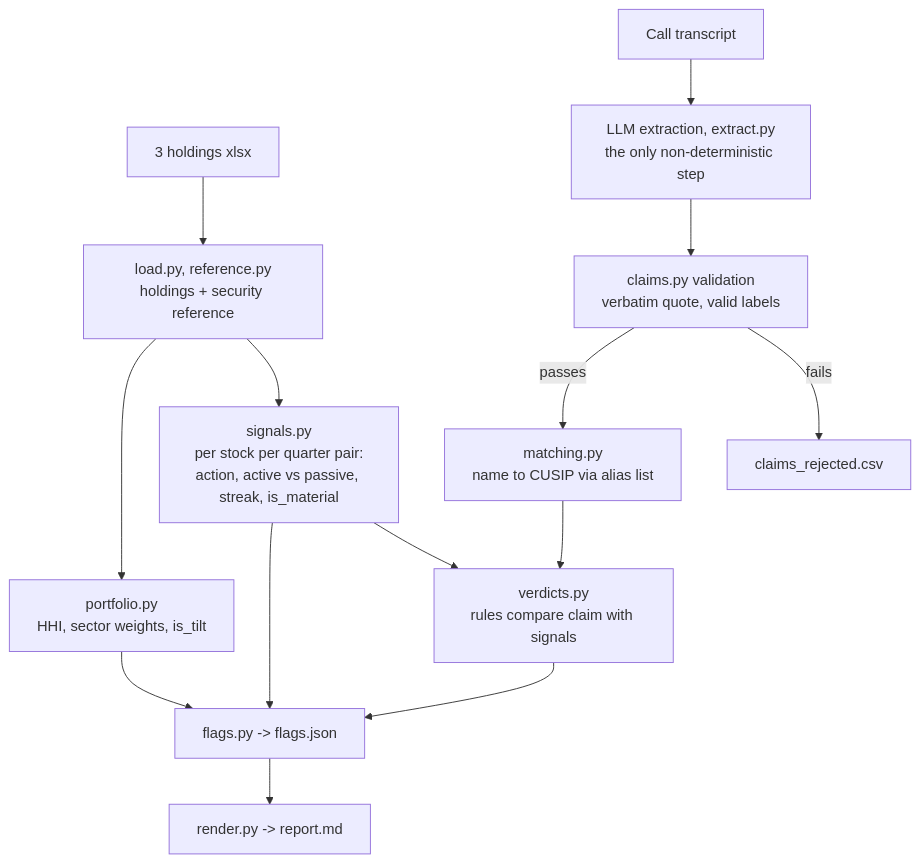
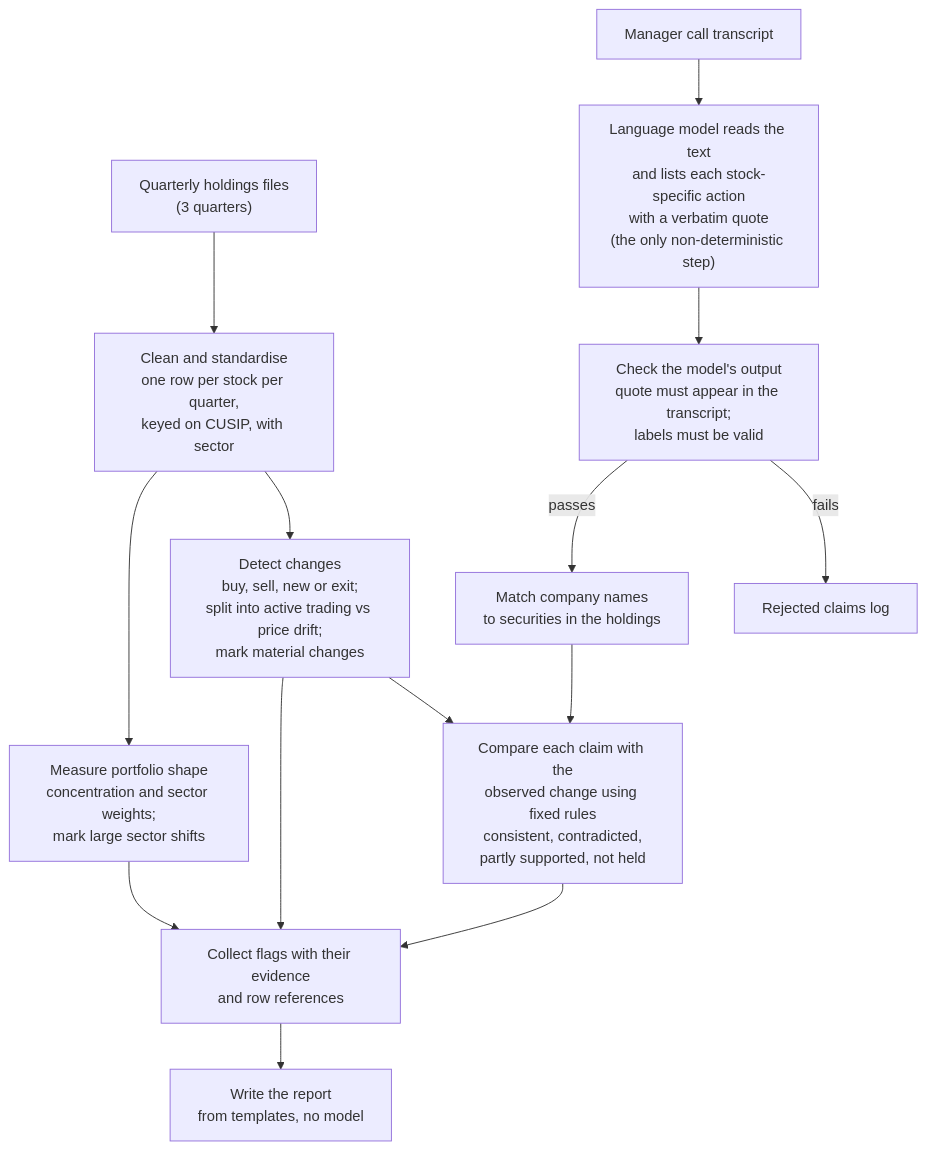
One commit to adamdu001/portfolio-agent changed the diagram in BRIEF.md. Above: the diagram before and after it, drawn with Mermaid. The commit also changed other lines of this file, not shown here.

Commit message:
Plain-language flowchart

````diff
--- a/BRIEF.md
+++ b/BRIEF.md
@@ -5,16 +9,16 @@
 ```mermaid
 flowchart TD
-    H[3 holdings xlsx] --> L[load.py, reference.py<br/>holdings + security reference]
-    L --> S[signals.py<br/>per stock per quarter pair:<br/>action, active vs passive, streak, is_material]
-    L --> P[portfolio.py<br/>HHI, sector weights, is_tilt]
-    T[Call transcript] --> X[LLM extraction, extract.py<br/>the only non-deterministic step]
-    X --> V[claims.py validation<br/>verbatim quote, valid labels]
-    V -->|fails| R[claims_rejected.csv]
-    V -->|passes| M[matching.py<br/>name to CUSIP via alias list]
-    M --> D[verdicts.py<br/>rules compare claim with signals]
-    S --> D
-    S --> F[flags.py -> flags.json]
-    P --> F
+    H["Quarterly holdings files<br/>(3 quarters)"] --> A["Clean and standardise<br/>one row per stock per quarter,<br/>keyed on CUSIP, with sector"]
+    A --> B["Detect changes<br/>buy, sell, new or exit;<br/>split into active trading vs price drift;<br/>mark material changes"]
+    A --> C["Measure portfolio shape<br/>concentration and sector weights;<br/>mark large sector shifts"]
+    T["Manager call transcript"] --> X["Language model reads the text<br/>and lists each stock-specific action<br/>with a verbatim quote<br/>(the only non-deterministic step)"]
+    X --> V["Check the model's output<br/>quote must appear in the transcript;<br/>labels must be valid"]
+    V -->|fails| R["Rejected claims log"]
+    V -->|passes| M["Match company names<br/>to securities in the holdings"]
+    M --> D["Compare each claim with the<br/>observed change using fixed rules<br/>consistent, contradicted,<br/>partly supported, not held"]
+    B --> D
+    B --> F["Collect flags with their evidence<br/>and row references"]
+    C --> F
     D --> F
-    F --> O[render.py -> report.md]
+    F --> O["Write the report<br/>from templates, no model"]
 ```
````
